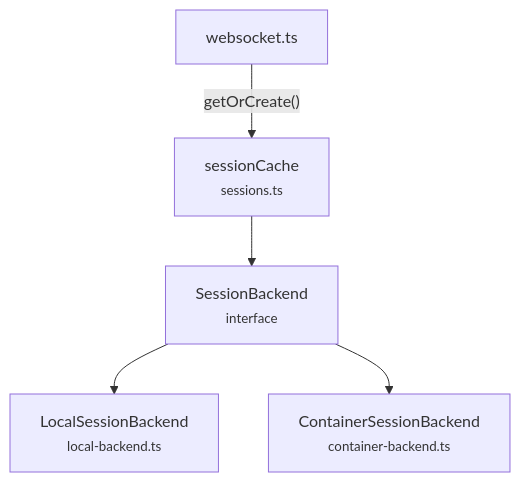
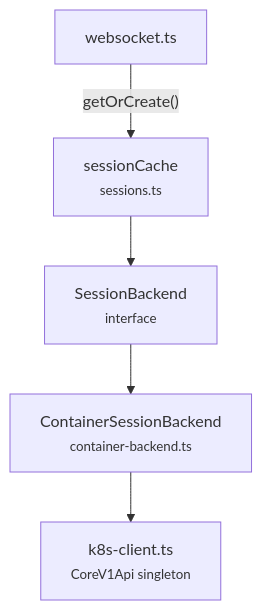
The third of 5 diagrams in docs/architecture/websocket-sessions.md (sigilmakes/goldilocks-app), drawn with Mermaid before and after one commit. The commit also changed other lines of this file and 6 other files, not shown here.

First line of the commit message:
feat(agent): rewrite ContainerSessionBackend with k8s API

````diff
--- a/docs/architecture/websocket-sessions.md
+++ b/docs/architecture/websocket-sessions.md
@@ -89,13 +89,13 @@
 ```mermaid
 graph TD
     WSHandler["websocket.ts"]
     Cache["sessionCache<br/><small>sessions.ts</small>"]
     Backend["SessionBackend<br/><small>interface</small>"]
-    Local["LocalSessionBackend<br/><small>local-backend.ts</small>"]
     Container["ContainerSessionBackend<br/><small>container-backend.ts</small>"]
+    K8s["k8s-client.ts<br/><small>CoreV1Api singleton</small>"]
 
     WSHandler -->|"getOrCreate()"| Cache
     Cache --> Backend
-    Backend --> Local
     Backend --> Container
+    Container --> K8s
 ```
````
